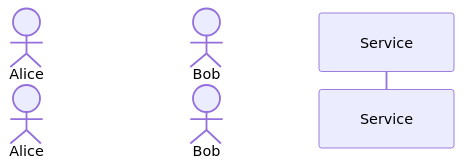
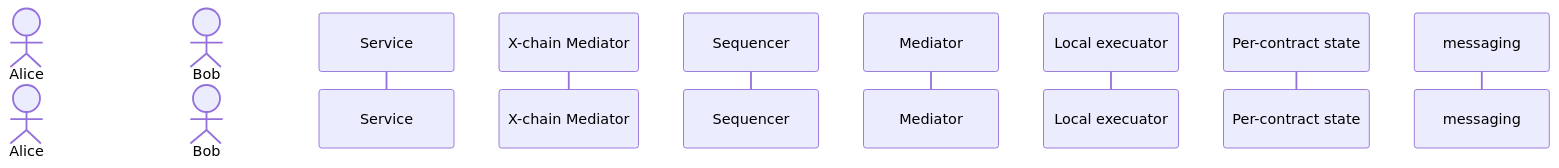
The diagram in finance_architecture.md (PDXbaap/design), drawn with Mermaid before and after one commit.

Commit message:
Enhance sequence diagram with additional participants
Added participants to the sequence diagram for clarity.

````diff
--- a/finance_architecture.md
+++ b/finance_architecture.md
@@ -29,7 +29,14 @@
 ```mermaid
 sequenceDiagram
 actor Alice
 actor Bob
 participant Service
+participant X-chain Mediator
+participant Sequencer
+participant Mediator
+participant Local execuator
+participant Per-contract state
+participant messaging
+
  
 ```
````
